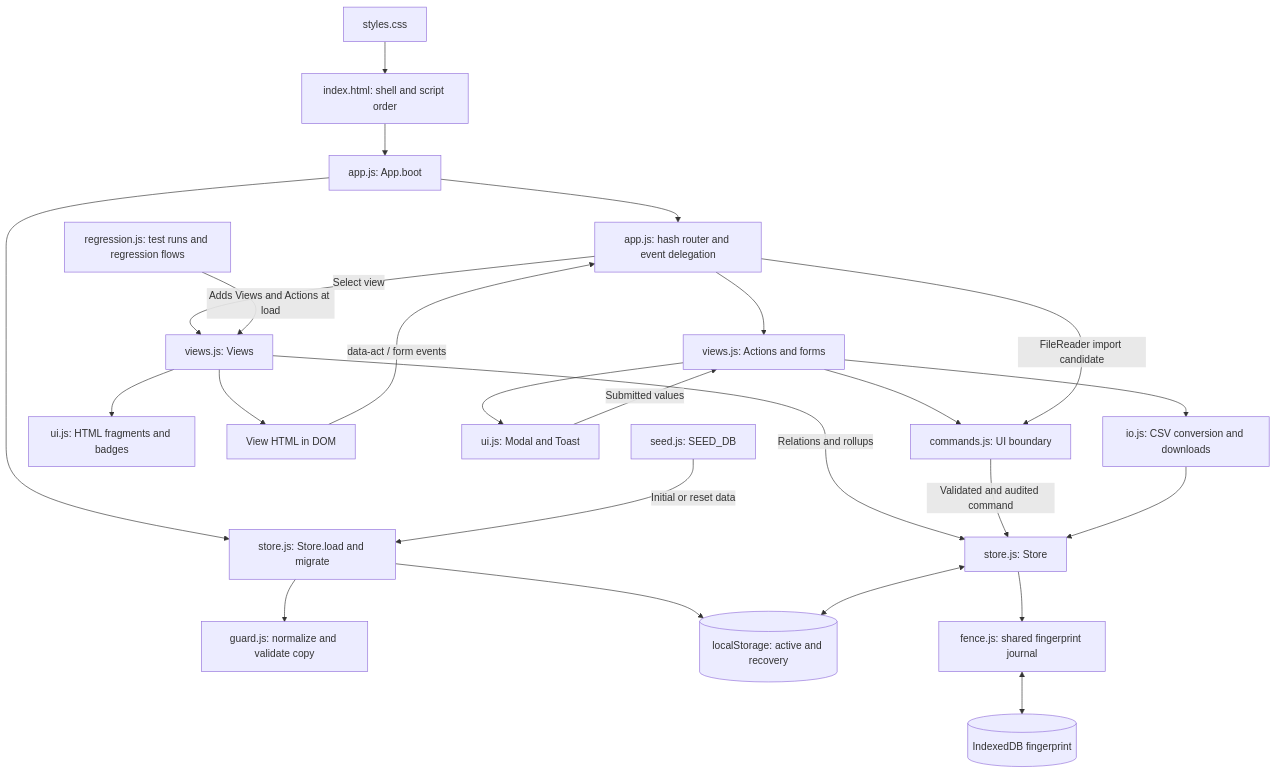
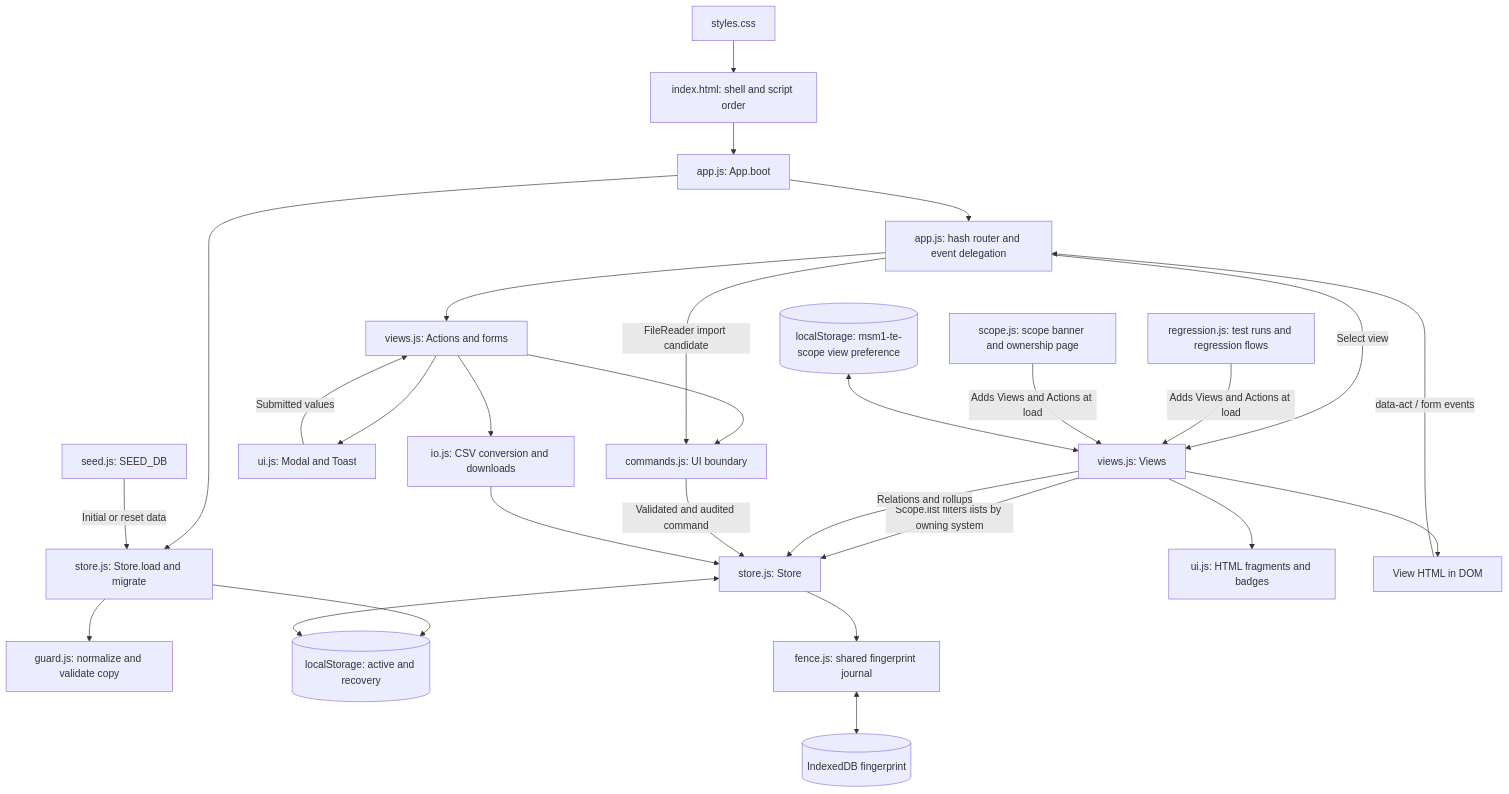
The second of 6 diagrams in docs/ARCHITECTURE.md (the6thdimension/MSM-1-Console), drawn with Mermaid before and after one commit. The commit also changed other lines of this file and 16 other files, not shown here.

````diff
--- a/docs/ARCHITECTURE.md
+++ b/docs/ARCHITECTURE.md
@@ -30,27 +30,30 @@
 ```mermaid
 flowchart TD
   HTML[index.html: shell and script order] --> Boot[app.js: App.boot]
   CSS[styles.css] --> HTML
   Boot --> Load[store.js: Store.load and migrate]
   Seed[seed.js: SEED_DB] -->|Initial or reset data| Load
   Load --> Guard[guard.js: normalize and validate copy]
   Load --> Storage[(localStorage: active and recovery)]
   Boot --> Router[app.js: hash router and event delegation]
   Router -->|Select view| Views[views.js: Views]
   Regression[regression.js: test runs and regression flows] -->|Adds Views and Actions at load| Views
+  ScopeMod[scope.js: scope banner and ownership page] -->|Adds Views and Actions at load| Views
+  Views -->|Scope.list filters lists by owning system| Store
+  ScopePref[(localStorage: msm1-te-scope view preference)] <--> Views
   Views -->|Relations and rollups| Store[store.js: Store]
   Views --> UI[ui.js: HTML fragments and badges]
   Views --> DOM[View HTML in DOM]
   DOM -->|data-act / form events| Router
   Router --> Actions[views.js: Actions and forms]
   Actions --> Modal[ui.js: Modal and Toast]
   Modal -->|Submitted values| Actions
   Actions --> Commands[commands.js: UI boundary]
   Commands -->|Validated and audited command| Store
   Store --> Fence[fence.js: shared fingerprint journal]
   Fence <--> Journal[(IndexedDB fingerprint)]
   Actions --> IO[io.js: CSV conversion and downloads]
   IO --> Store
   Store <--> Storage
   Router -->|FileReader import candidate| Commands
 ```
````
